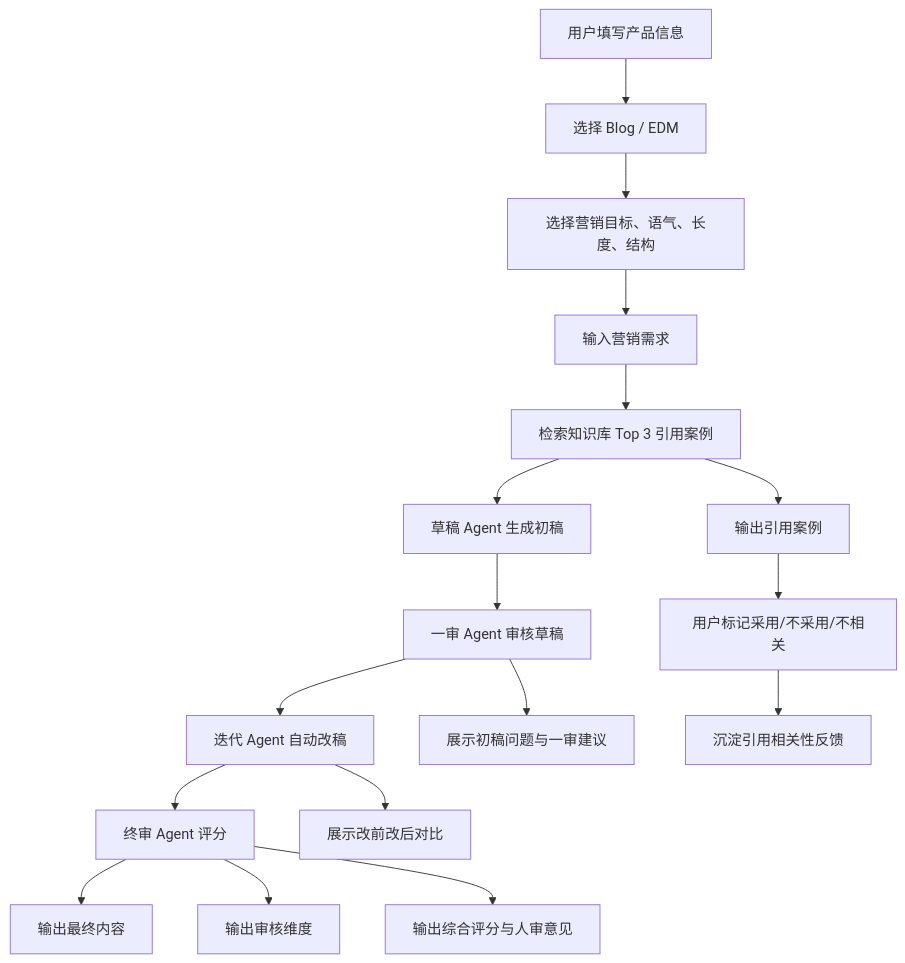
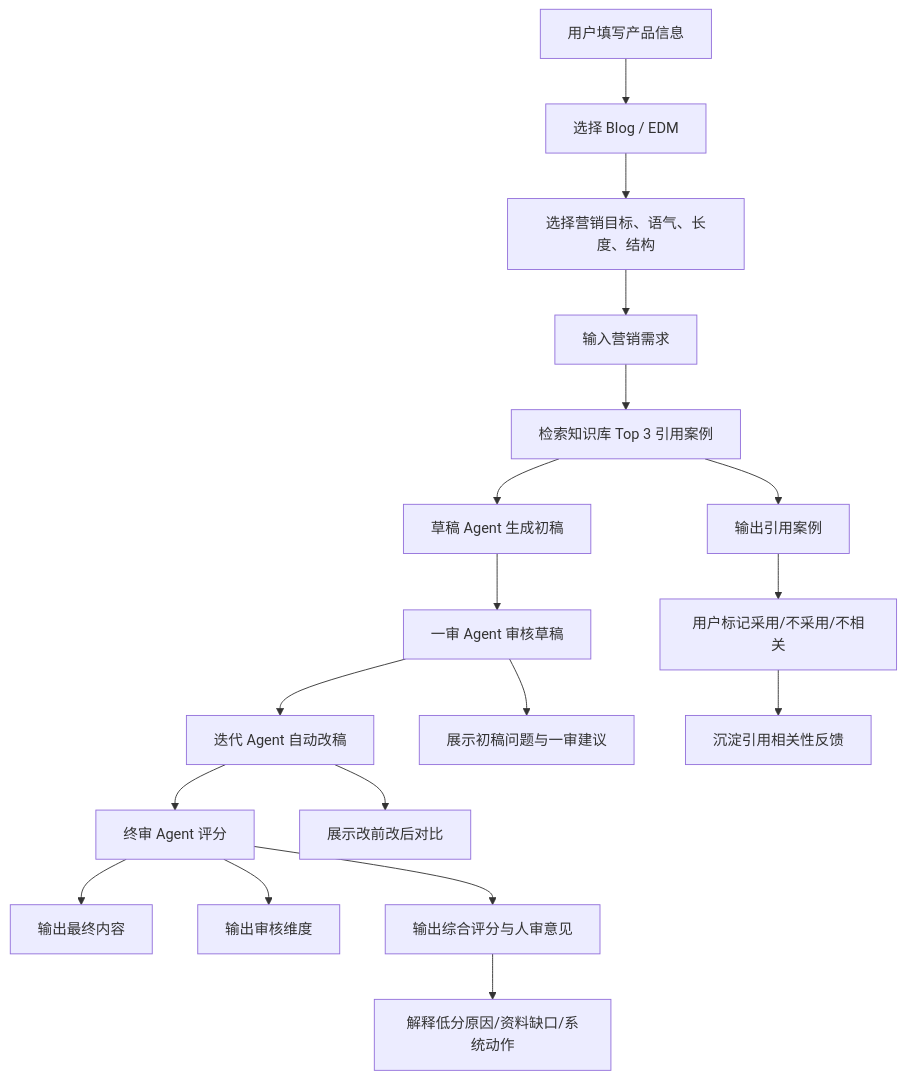
One commit to iamnotalle/AI-keyboard-marketing-platform-v2 changed the first of 2 diagrams in docs/USER_FLOW.md. Above: the diagram before and after it, drawn with Mermaid. The commit also changed other lines of this file and 4 other files, not shown here.

````diff
--- a/docs/USER_FLOW.md
+++ b/docs/USER_FLOW.md
@@ -5,19 +5,20 @@
 ```mermaid
 flowchart TD
     A["用户填写产品信息"] --> B["选择 Blog / EDM"]
     B --> C["选择营销目标、语气、长度、结构"]
     C --> D["输入营销需求"]
     D --> E["检索知识库 Top 3 引用案例"]
     E --> F["草稿 Agent 生成初稿"]
     F --> G["一审 Agent 审核草稿"]
     G --> H["迭代 Agent 自动改稿"]
     H --> I["终审 Agent 评分"]
     I --> J["输出最终内容"]
     I --> K["输出审核维度"]
     I --> L["输出综合评分与人审意见"]
+    L --> R["解释低分原因/资料缺口/系统动作"]
     E --> M["输出引用案例"]
     M --> N["用户标记采用/不采用/不相关"]
     N --> O["沉淀引用相关性反馈"]
     G --> P["展示初稿问题与一审建议"]
     H --> Q["展示改前改后对比"]
 ```
````
